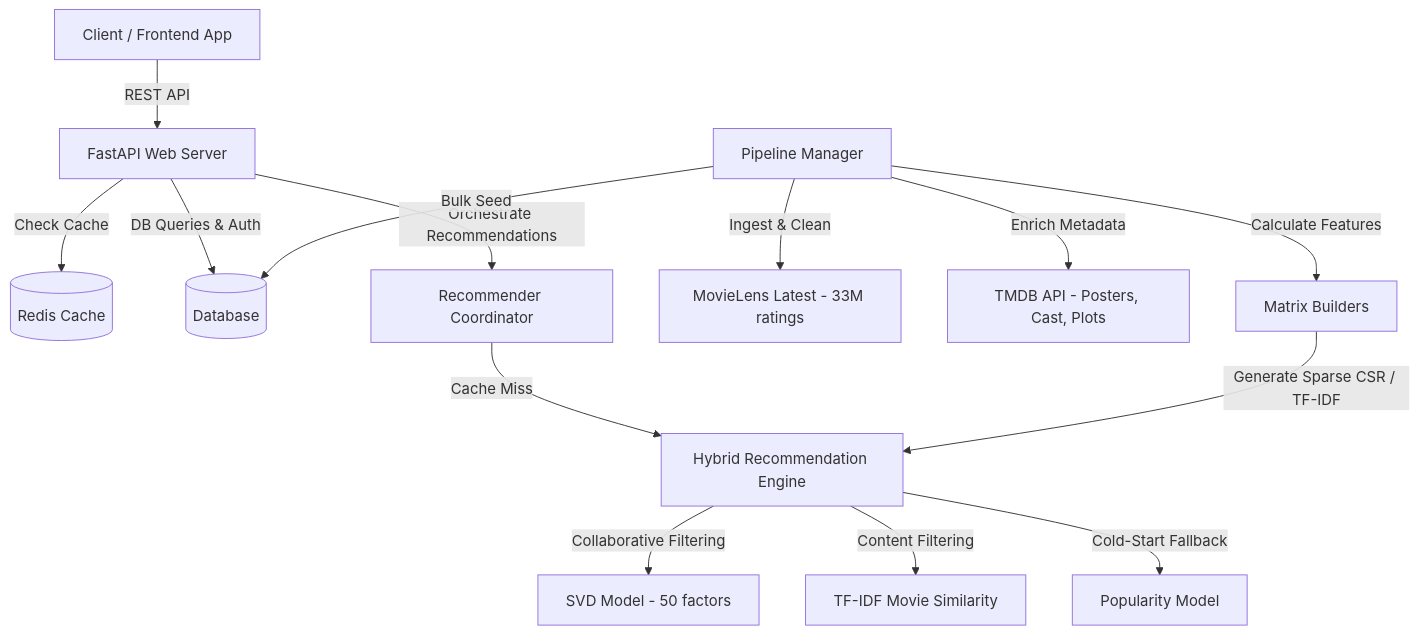
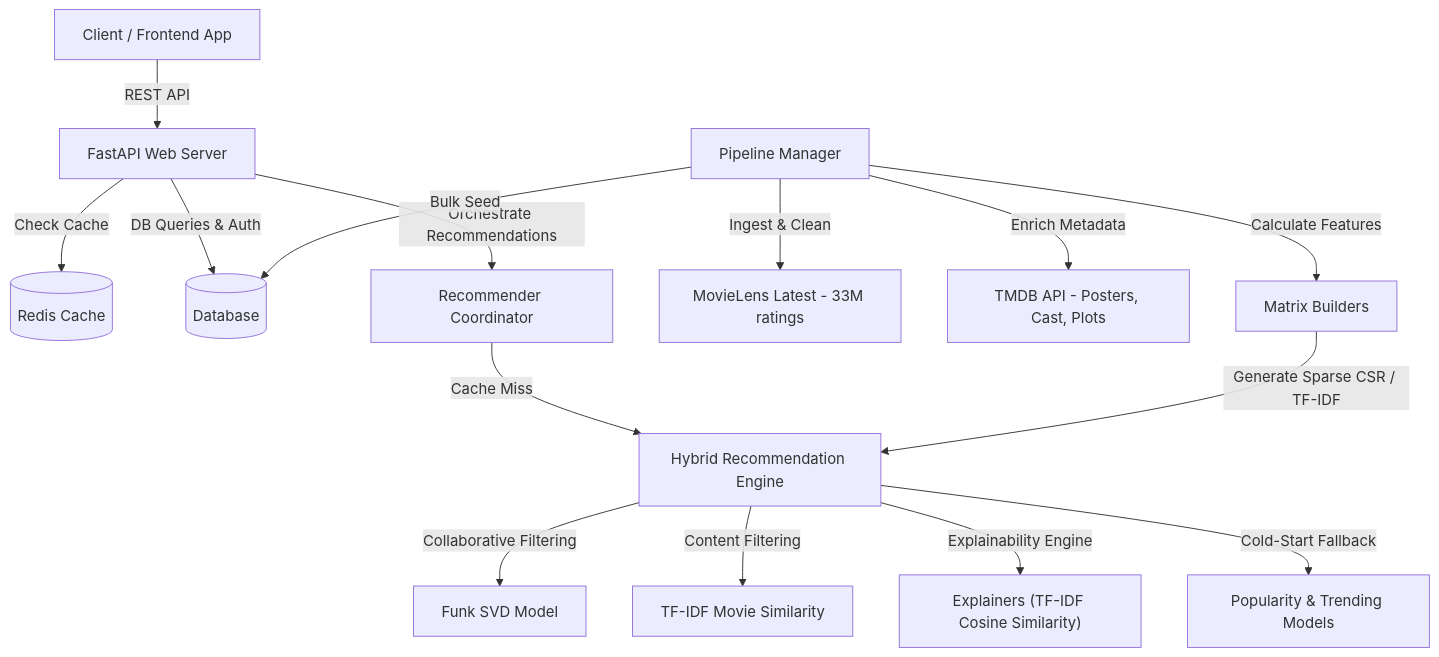
One commit to aryadhotre/MOVICO changed the diagram in README.md. Above: the diagram before and after it, drawn with Mermaid. The commit also changed other lines of this file and 9 other files, not shown here.

Commit message:
feat: implement trending movies engine, hybrid explanations, and migrate schema validation to pydantic v2

````diff
--- a/README.md
+++ b/README.md
@@ -26,18 +24,19 @@
 ```mermaid
 graph TD
     A[Client / Frontend App] -->|REST API| B[FastAPI Web Server]
     B -->|Check Cache| C[(Redis Cache)]
     B -->|DB Queries & Auth| D[(Database)]
     B -->|Orchestrate Recommendations| E[Recommender Coordinator]
     
     E -->|Cache Miss| F[Hybrid Recommendation Engine]
-    F -->|Collaborative Filtering| G[SVD Model - 50 factors]
+    F -->|Collaborative Filtering| G[Funk SVD Model]
     F -->|Content Filtering| H[TF-IDF Movie Similarity]
-    F -->|Cold-Start Fallback| I[Popularity Model]
+    F -->|Explainability Engine| X["Explainers (TF-IDF Cosine Similarity)"]
+    F -->|Cold-Start Fallback| I[Popularity & Trending Models]
     
     J[Pipeline Manager] -->|Ingest & Clean| K[MovieLens Latest - 33M ratings]
     J -->|Enrich Metadata| L[TMDB API - Posters, Cast, Plots]
     J -->|Calculate Features| M[Matrix Builders]
     M -->|Generate Sparse CSR / TF-IDF| F
     J -->|Bulk Seed| D
 ```
````
